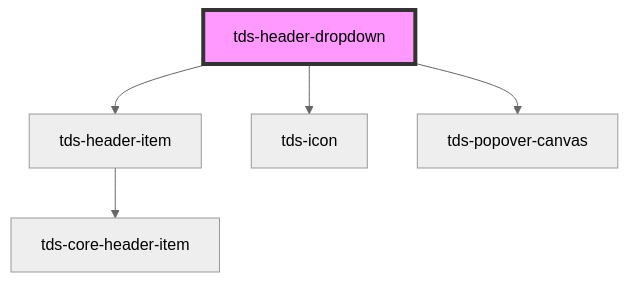
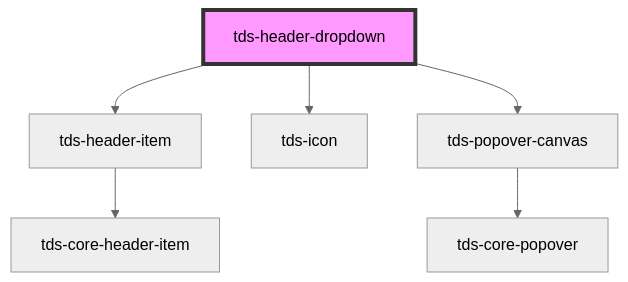
One commit to scania-digital-design-system/tegel changed the diagram in core/src/components/header/header-dropdown/readme.md. Above: the diagram before and after it, drawn with Mermaid (neutral theme). The commit also changed 10 other files, not shown here.

````diff
--- a/core/src/components/header/header-dropdown/readme.md
+++ b/core/src/components/header/header-dropdown/readme.md
@@ -34,8 +34,9 @@
 ```mermaid
 graph TD;
   tds-header-dropdown --> tds-header-item
   tds-header-dropdown --> tds-icon
   tds-header-dropdown --> tds-popover-canvas
   tds-header-item --> tds-core-header-item
+  tds-popover-canvas --> tds-core-popover
   style tds-header-dropdown fill:#f9f,stroke:#333,stroke-width:4px
 ```
````
